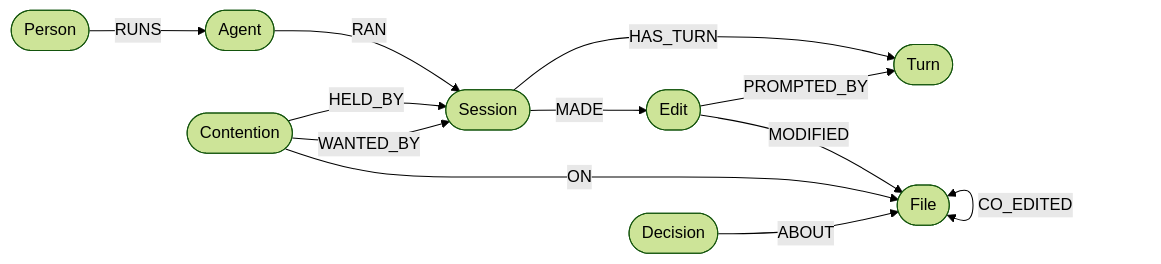
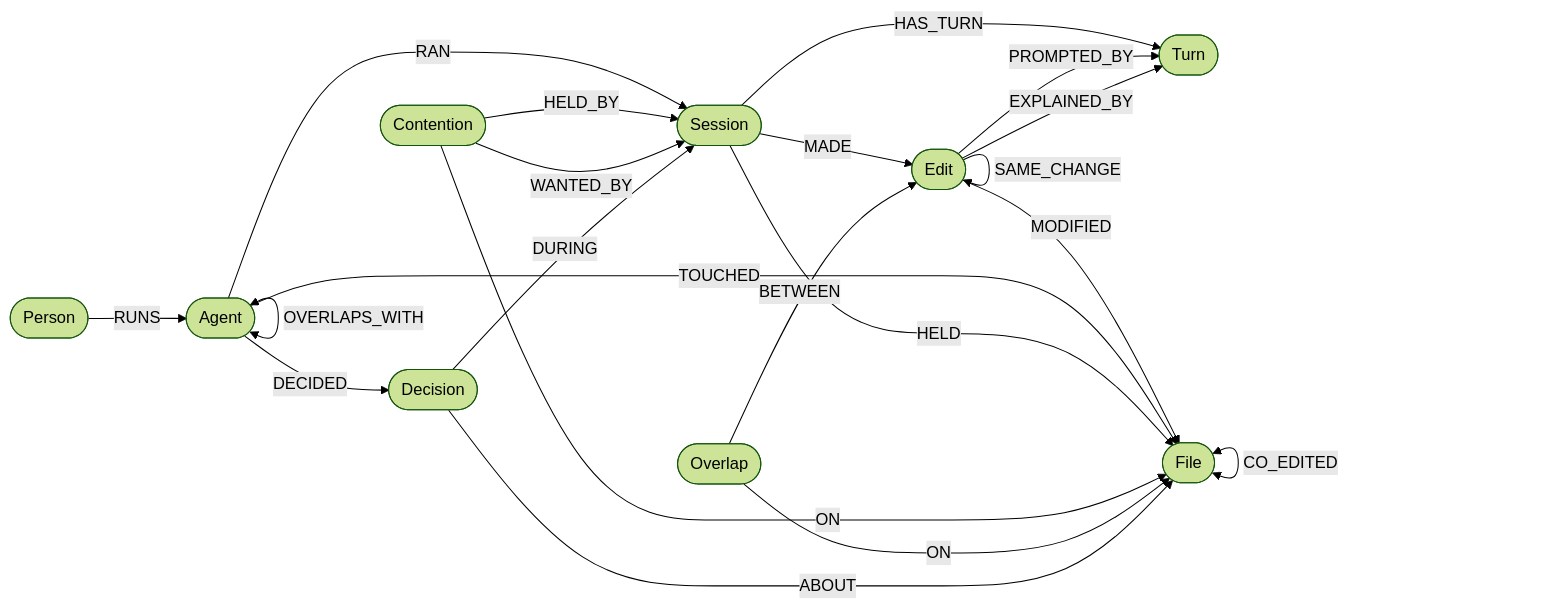
Before and after one commit to azaj01/relayBrain: the diagram in README.md, drawn with Mermaid (forest theme). The commit also changed other lines of this file, not shown here.

Commit message:
Theme main README around FalkorDB memory graph for Graph Hacks

````diff
--- a/README.md
+++ b/README.md
@@ -79,14 +80,23 @@
 ```mermaid
 flowchart LR
   Person(["Person"]) -->|RUNS| Agent(["Agent"])
   Agent -->|RAN| Session(["Session"])
   Session -->|HAS_TURN| Turn(["Turn"])
   Session -->|MADE| Edit(["Edit"])
   Edit -->|MODIFIED| File(["File"])
+  Agent -->|TOUCHED| File
+  Session -->|HELD| File
   Edit -->|PROMPTED_BY| Turn
+  Edit -->|EXPLAINED_BY| Turn
+  Edit -->|SAME_CHANGE| Edit
   Contention(["Contention"]) -->|ON| File
   Contention -->|HELD_BY| Session
   Contention -->|WANTED_BY| Session
+  Overlap(["Overlap"]) -->|ON| File
+  Overlap -->|BETWEEN| Edit
   Decision(["Decision"]) -->|ABOUT| File
+  Decision -->|DURING| Session
+  Agent -->|DECIDED| Decision
   File <-->|CO_EDITED| File
+  Agent <-->|OVERLAPS_WITH| Agent
 ```
````
